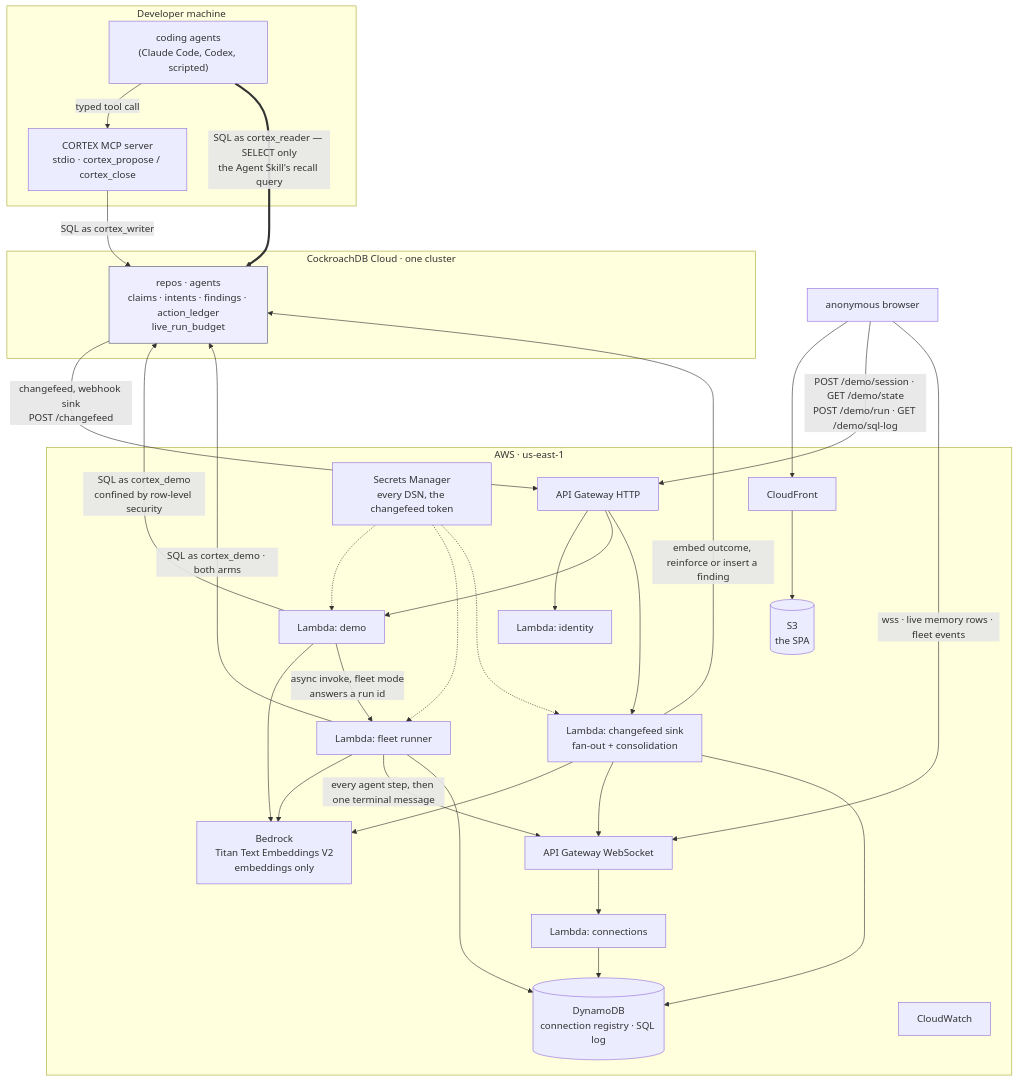
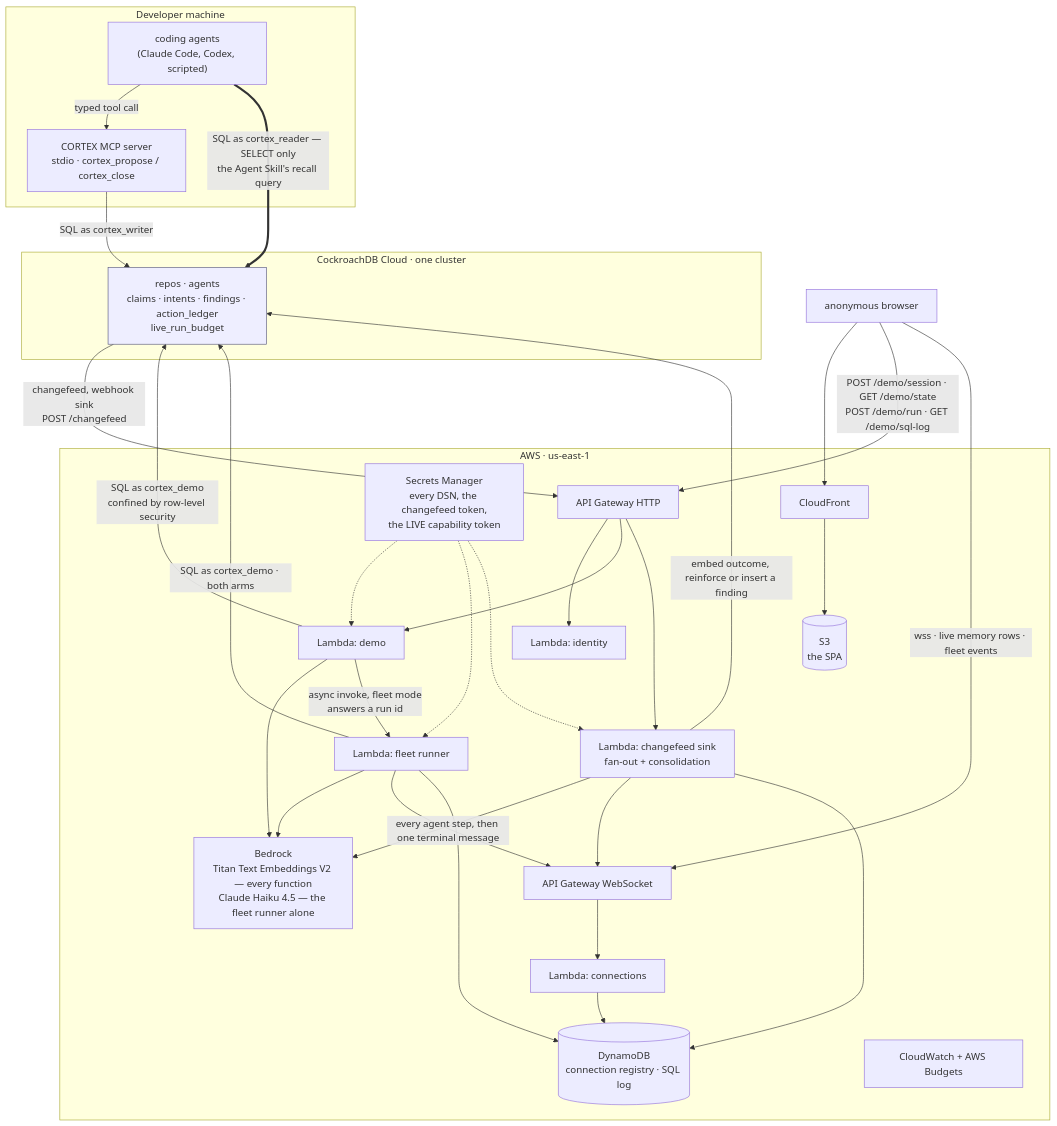
One commit to maljul/Cortex changed the diagram in docs/architecture.md. Above: the diagram before and after it, drawn with Mermaid. The commit also changed other lines of this file and 4 other files, not shown here.

````diff
--- a/docs/architecture.md
+++ b/docs/architecture.md
@@ -11,61 +11,61 @@
 ```mermaid
 flowchart TB
   subgraph DEV["Developer machine"]
     AGENTS["coding agents<br/>(Claude Code, Codex, scripted)"]
     MCP["CORTEX MCP server<br/>stdio · cortex_propose / cortex_close"]
     AGENTS -- "typed tool call" --> MCP
   end
 
   subgraph AWS["AWS · us-east-1"]
     HTTPAPI["API Gateway HTTP"]
     IDFN["Lambda: identity"]
     DEMOFN["Lambda: demo"]
     RUNFN["Lambda: fleet runner"]
     CFFN["Lambda: changefeed sink<br/>fan-out + consolidation"]
     CONNFN["Lambda: connections"]
     WSAPI["API Gateway WebSocket"]
     DDB[("DynamoDB<br/>connection registry · SQL log")]
     S3[("S3<br/>the SPA")]
     CF["CloudFront"]
-    SM["Secrets Manager<br/>every DSN, the changefeed token"]
-    BEDROCK["Bedrock<br/>Titan Text Embeddings V2<br/>embeddings only"]
-    OBS["CloudWatch"]
+    SM["Secrets Manager<br/>every DSN, the changefeed token,<br/>the LIVE capability token"]
+    BEDROCK["Bedrock<br/>Titan Text Embeddings V2 — every function<br/>Claude Haiku 4.5 — the fleet runner alone"]
+    OBS["CloudWatch + AWS Budgets"]
   end
 
   subgraph CRDB["CockroachDB Cloud · one cluster"]
     T["repos · agents<br/>claims · intents · findings · action_ledger<br/>live_run_budget"]
   end
 
   BROWSER["anonymous browser"]
 
   AGENTS == "SQL as cortex_reader — SELECT only<br/>the Agent Skill's recall query" ==> T
   MCP -- "SQL as cortex_writer" --> T
 
   BROWSER --> CF
   CF --> S3
   BROWSER -- "POST /demo/session · GET /demo/state<br/>POST /demo/run · GET /demo/sql-log" --> HTTPAPI
   HTTPAPI --> IDFN
   HTTPAPI --> DEMOFN
   HTTPAPI --> CFFN
   DEMOFN -- "SQL as cortex_demo<br/>confined by row-level security" --> T
   DEMOFN --> BEDROCK
   DEMOFN -- "async invoke, fleet mode<br/>answers a run id" --> RUNFN
   RUNFN -- "SQL as cortex_demo · both arms" --> T
   RUNFN --> BEDROCK
   RUNFN -- "every agent step, then one terminal message" --> WSAPI
   T -- "changefeed, webhook sink<br/>POST /changefeed" --> HTTPAPI
   CFFN -- "embed outcome, reinforce or insert a finding" --> T
   CFFN --> BEDROCK
   CFFN --> WSAPI
   CONNFN --> DDB
   CFFN --> DDB
   RUNFN --> DDB
   SM -.-> DEMOFN
   SM -.-> RUNFN
   SM -.-> CFFN
   BROWSER -- "wss · live memory rows · fleet events" --> WSAPI
   WSAPI --> CONNFN
 
   classDef plane fill:#eef,stroke:#557,stroke-width:1px;
   class T plane;
 ```
````
